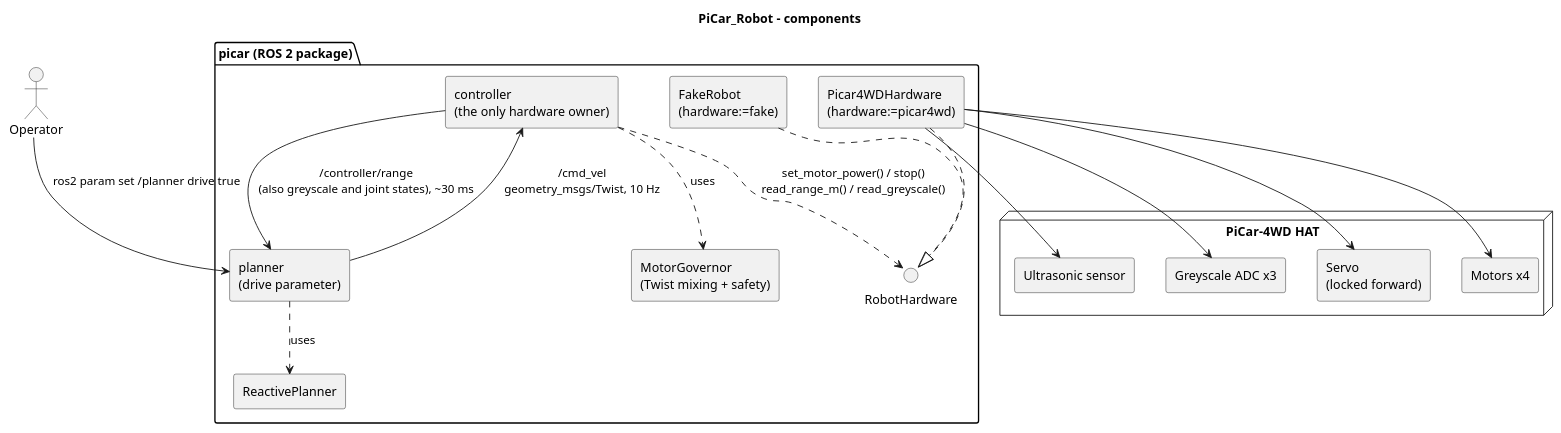
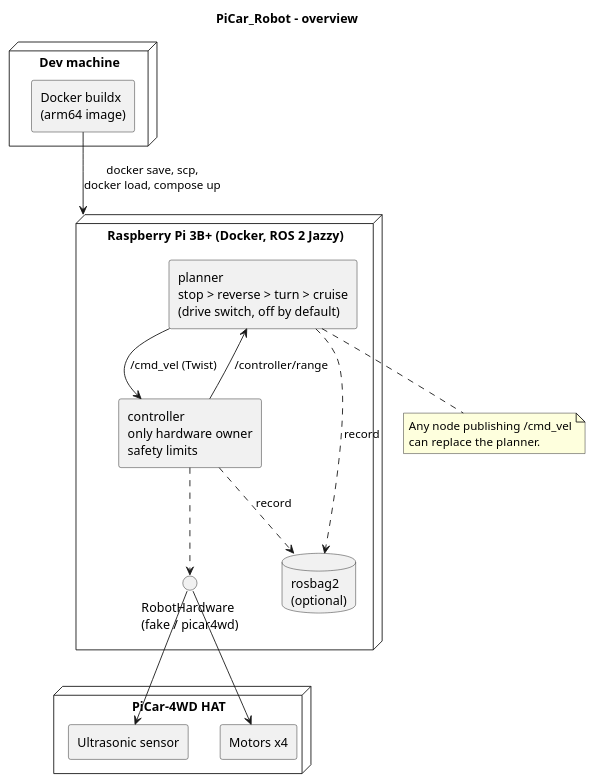
One commit to ram3917/PiCar_Robot changed the diagram in docs/architecture.puml. Above: the diagram before and after it, drawn with PlantUML. The commit also changed 15 other files, not shown here.

```diff
--- a/docs/architecture.puml
+++ b/docs/architecture.puml
@@ -1,41 +1,37 @@
 @startuml architecture
-title PiCar_Robot - components
+title PiCar_Robot - overview
 
 skinparam componentStyle rectangle
 
-actor Operator
+node "Dev machine" as dev {
+  component "Docker buildx\n(arm64 image)" as build
+}
 
-package "picar (ROS 2 package)" {
-  component "controller\n(the only hardware owner)" as controller
-  component "planner\n(drive parameter)" as planner
-  component "MotorGovernor\n(Twist mixing + safety)" as governor
-  component "ReactivePlanner" as reactive
-  interface "RobotHardware" as hw
-  component "FakeRobot\n(hardware:=fake)" as fake
-  component "Picar4WDHardware\n(hardware:=picar4wd)" as adapter
+node "Raspberry Pi 3B+ (Docker, ROS 2 Jazzy)" as pi {
+  component "planner\nstop > reverse > turn > cruise\n(drive switch, off by default)" as planner
+  component "controller\nonly hardware owner\nsafety limits" as controller
+  interface "RobotHardware\n(fake / picar4wd)" as hw
+  database "rosbag2\n(optional)" as bag
 }
 
 node "PiCar-4WD HAT" as hat {
   component "Ultrasonic sensor" as sonar
-  component "Greyscale ADC x3" as grey
-  component "Servo\n(locked forward)" as servo
   component "Motors x4" as motors
 }
 
-controller --> planner : /controller/range\n(also greyscale and joint states), ~30 ms
-planner --> controller : /cmd_vel\ngeometry_msgs/Twist, 10 Hz
-Operator --> planner : ros2 param set /planner drive true
+controller --> planner : /controller/range
+planner --> controller : /cmd_vel (Twist)
+controller ..> hw
+hw --> sonar
+hw --> motors
+controller ..> bag : record
+planner ..> bag : record
 
-controller ..> governor : uses
-planner ..> reactive : uses
-controller ..> hw : set_motor_power() / stop()\nread_range_m() / read_greyscale()
+build --> pi : docker save, scp,\ndocker load, compose up
 
-fake ..|> hw
-adapter ..|> hw
-
-adapter --> sonar
-adapter --> grey
-adapter --> servo
-adapter --> motors
+note bottom of planner
+  Any node publishing /cmd_vel
+  can replace the planner.
+end note
 
 @enduml
```
